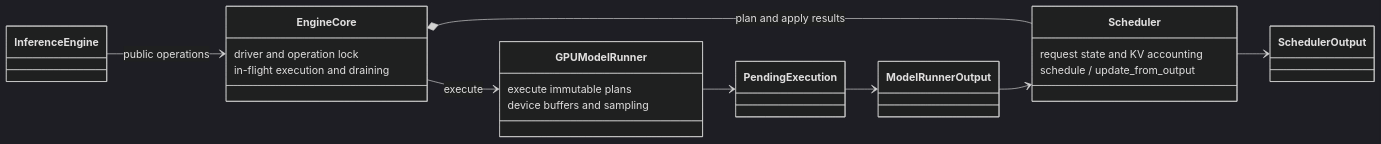
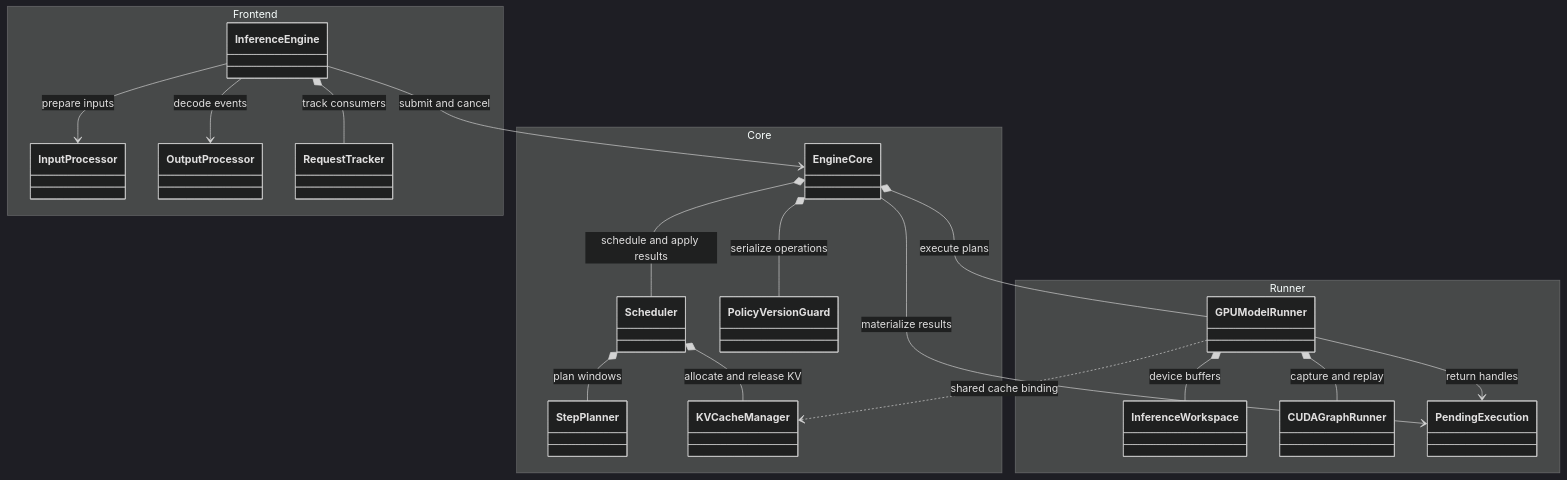
The first of 2 diagrams in docs/developer/inference/README.md (ViperEkura/AstrAI), drawn with Mermaid (dark theme) before and after one commit. The commit also changed other lines of this file and 17 other files, not shown here.

First line of the commit message:
docs: align architecture and runtime contracts

````diff
--- a/docs/developer/inference/README.md
+++ b/docs/developer/inference/README.md
@@ -32,28 +18,38 @@
 ```mermaid
 classDiagram
-    direction LR
-    class InferenceEngine
-    class EngineCore {
-        driver and operation lock
-        in-flight execution and draining
+    direction TB
+    namespace Frontend {
+        class InferenceEngine
+        class InputProcessor
+        class OutputProcessor
+        class RequestTracker
     }
-    class Scheduler {
-        request state and KV accounting
-        schedule / update_from_output
+    namespace Core {
+        class EngineCore
+        class Scheduler
+        class StepPlanner
+        class KVCacheManager
+        class PolicyVersionGuard
     }
-    class GPUModelRunner {
-        execute immutable plans
-        device buffers and sampling
+    namespace Runner {
+        class GPUModelRunner
+        class InferenceWorkspace
+        class CUDAGraphRunner
+        class PendingExecution
     }
-    class SchedulerOutput
-    class ModelRunnerOutput
-    class PendingExecution
 
-    InferenceEngine --> EngineCore : public operations
-    EngineCore *-- Scheduler : plan and apply results
-    EngineCore --> GPUModelRunner : execute
-    Scheduler --> SchedulerOutput
-    GPUModelRunner --> PendingExecution
-    PendingExecution --> ModelRunnerOutput
-    ModelRunnerOutput --> Scheduler
+    InferenceEngine --> InputProcessor : prepare inputs
+    InferenceEngine --> OutputProcessor : decode events
+    InferenceEngine *-- RequestTracker : track consumers
+    InferenceEngine --> EngineCore : submit and cancel
+    EngineCore *-- Scheduler : schedule and apply results
+    EngineCore *-- PolicyVersionGuard : serialize operations
+    Scheduler *-- StepPlanner : plan windows
+    Scheduler *-- KVCacheManager : allocate and release KV
+    EngineCore *-- GPUModelRunner : execute plans
+    EngineCore --> PendingExecution : materialize results
+    GPUModelRunner --> PendingExecution : return handles
+    GPUModelRunner *-- InferenceWorkspace : device buffers
+    GPUModelRunner *-- CUDAGraphRunner : capture and replay
+    GPUModelRunner ..> KVCacheManager : shared cache binding
 ```
````
